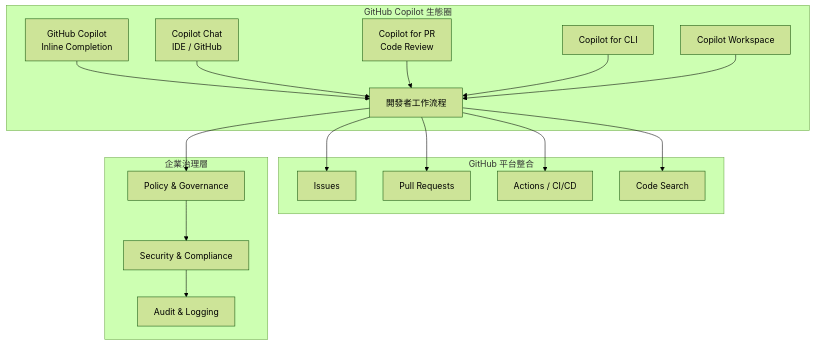
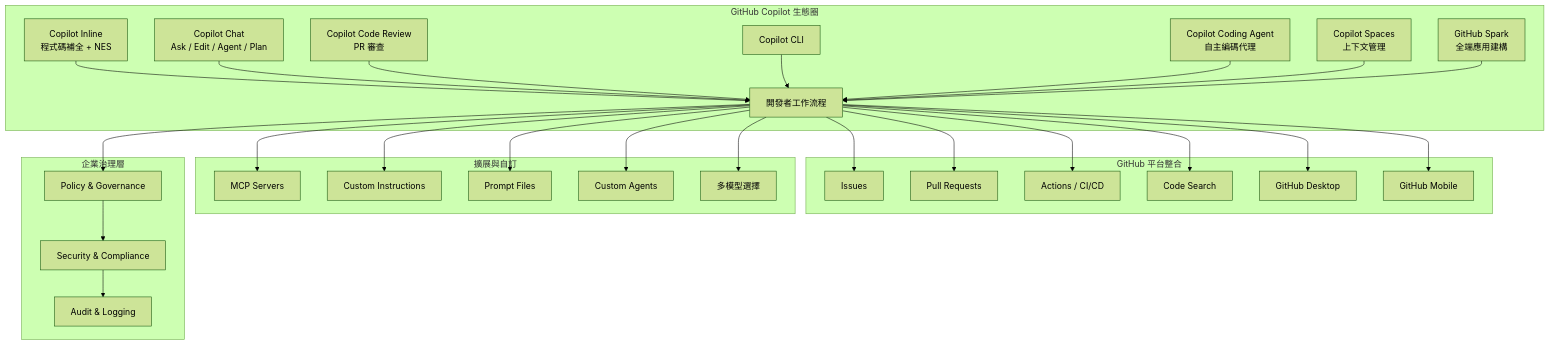
Before and after one commit to chihhung/Blog: the first of 20 diagrams in content/posts/教學/AI開發/github copilot生態圈教學手冊.md, drawn with Mermaid (forest theme). The commit also changed other lines of this file and 2 other files, not shown here.

````diff
--- a/content/posts/教學/AI開發/github copilot生態圈教學手冊.md
+++ b/content/posts/教學/AI開發/github copilot生態圈教學手冊.md
@@ -118,27 +121,44 @@
 ```mermaid
 graph TB
     subgraph "GitHub Copilot 生態圈"
-        A[GitHub Copilot<br/>Inline Completion] --> E[開發者工作流程]
-        B[Copilot Chat<br/>IDE / GitHub] --> E
-        C[Copilot for PR<br/>Code Review] --> E
-        D[Copilot for CLI] --> E
-        F[Copilot Workspace] --> E
+        A[Copilot Inline<br/>程式碼補全 + NES] --> E[開發者工作流程]
+        B[Copilot Chat<br/>Ask / Edit / Agent / Plan] --> E
+        C[Copilot Code Review<br/>PR 審查] --> E
+        D[Copilot CLI] --> E
+        F[Copilot Coding Agent<br/>自主編碼代理] --> E
+        N[Copilot Spaces<br/>上下文管理] --> E
+        O[GitHub Spark<br/>全端應用建構] --> E
     end
     
     subgraph "GitHub 平台整合"
         E --> G[Issues]
         E --> H[Pull Requests]
         E --> I[Actions / CI/CD]
         E --> J[Code Search]
+        E --> P[GitHub Desktop]
+        E --> Q[GitHub Mobile]
+    end
+    
+    subgraph "擴展與自訂"
+        R[MCP Servers]
+        S[Custom Instructions]
+        T[Prompt Files]
+        U[Custom Agents]
+        V[多模型選擇]
     end
     
     subgraph "企業治理層"
         K[Policy & Governance]
         L[Security & Compliance]
         M[Audit & Logging]
     end
     
+    E --> R
+    E --> S
+    E --> T
+    E --> U
+    E --> V
     E --> K
     K --> L
     L --> M
 ```
````
